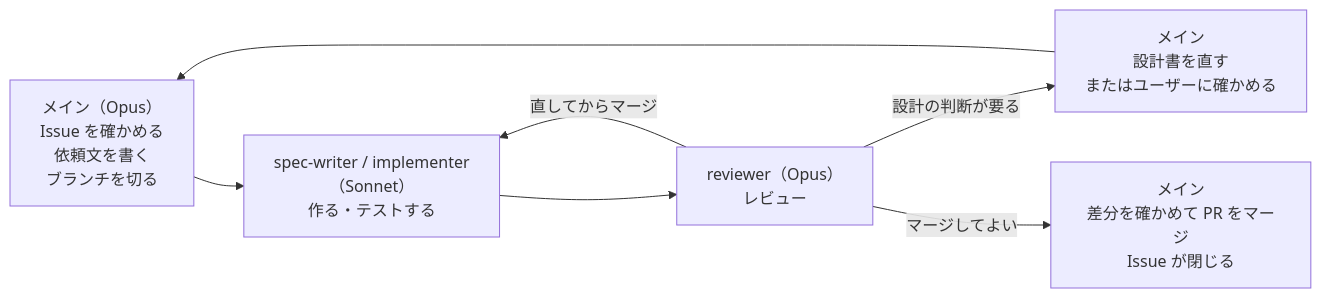
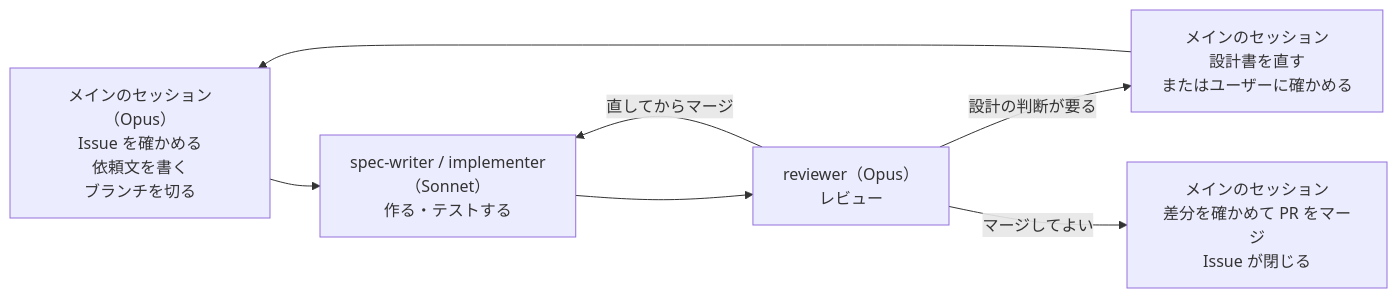
One commit to yuk-wq/ouca changed the first of 2 diagrams in docs/to-be/work-plan.md. Above: the diagram before and after it, drawn with Mermaid. The commit also changed other lines of this file and 5 other files, not shown here.

````diff
--- a/docs/to-be/work-plan.md
+++ b/docs/to-be/work-plan.md
@@ -16,9 +38,9 @@
 ```mermaid
 flowchart LR
-  A["メイン（Opus）<br/>Issue を確かめる<br/>依頼文を書く<br/>ブランチを切る"] --> B["spec-writer / implementer<br/>（Sonnet）<br/>作る・テストする"]
+  A["メインのセッション（Opus）<br/>Issue を確かめる<br/>依頼文を書く<br/>ブランチを切る"] --> B["spec-writer / implementer<br/>（Sonnet）<br/>作る・テストする"]
   B --> C["reviewer（Opus）<br/>レビュー"]
   C -->|"直してからマージ"| B
-  C -->|"設計の判断が要る"| D["メイン<br/>設計書を直す<br/>またはユーザーに確かめる"]
+  C -->|"設計の判断が要る"| D["メインのセッション<br/>設計書を直す<br/>またはユーザーに確かめる"]
   D --> A
-  C -->|"マージしてよい"| E["メイン<br/>差分を確かめて PR をマージ<br/>Issue が閉じる"]
+  C -->|"マージしてよい"| E["メインのセッション<br/>差分を確かめて PR をマージ<br/>Issue が閉じる"]
 ```
````
